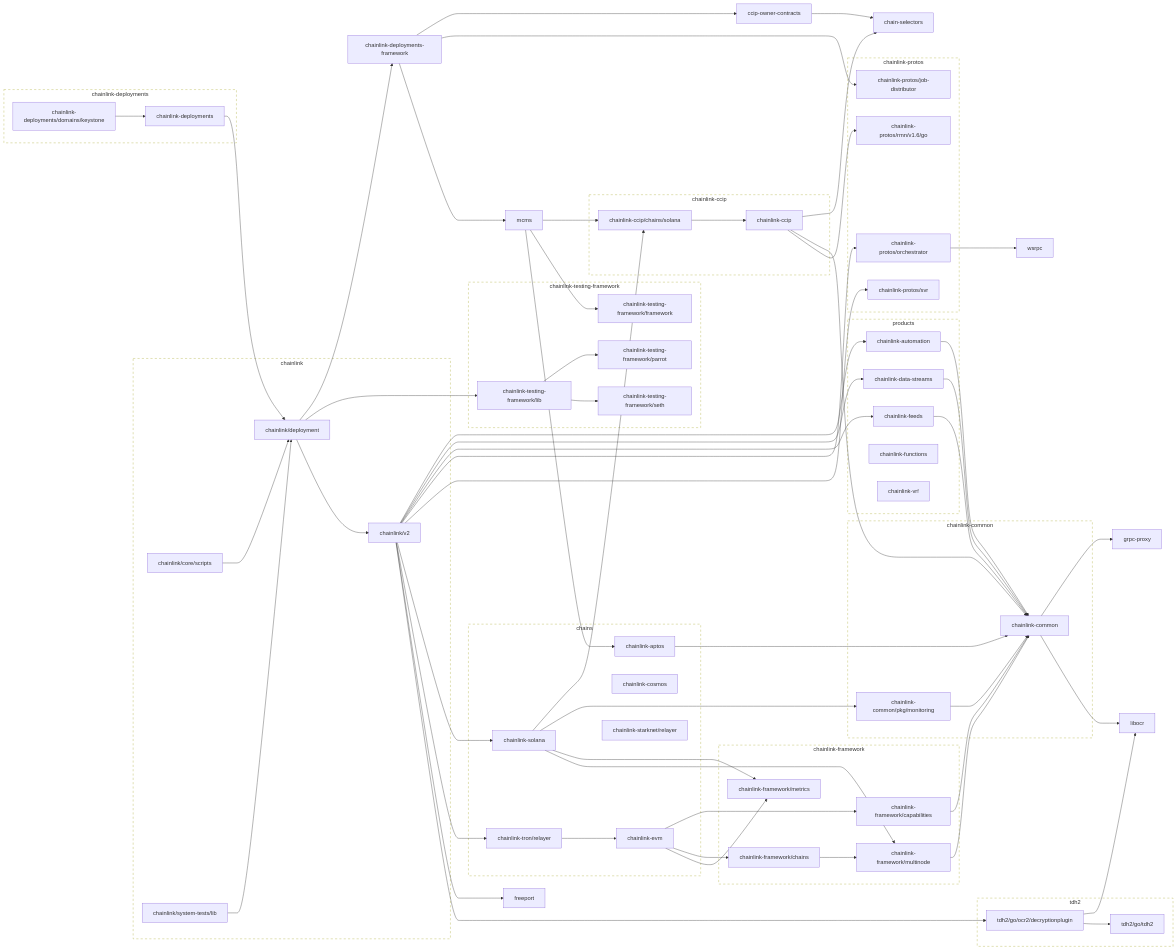
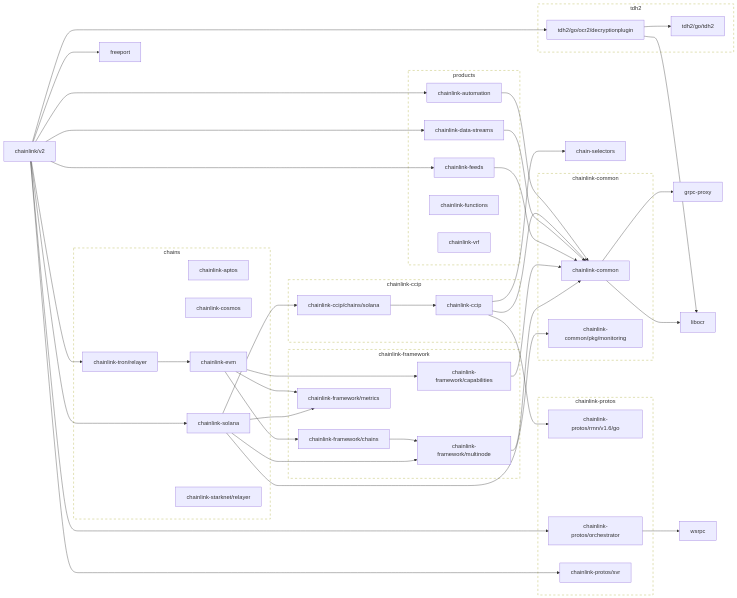
The first of 2 diagrams in go.md (smartcontractkit/chainlink), drawn with Mermaid before and after one commit. The commit also changed other lines of this file and 1 other file, not shown here.

````diff
--- a/go.md
+++ b/go.md
@@ -22,12 +22,8 @@
   classDef group stroke-dasharray:6,fill:none;
   class chains,products group
 
-	ccip-owner-contracts --> chain-selectors
-	click ccip-owner-contracts href "https://github.com/smartcontractkit/ccip-owner-contracts"
 	chain-selectors
 	click chain-selectors href "https://github.com/smartcontractkit/chain-selectors"
-	chainlink-aptos --> chainlink-common
-	click chainlink-aptos href "https://github.com/smartcontractkit/chainlink-aptos"
 	chainlink-automation --> chainlink-common
 	click chainlink-automation href "https://github.com/smartcontractkit/chainlink-automation"
 	chainlink-ccip --> chain-selectors
@@ -39,18 +35,10 @@
 	chainlink-common --> grpc-proxy
 	chainlink-common --> libocr
 	click chainlink-common href "https://github.com/smartcontractkit/chainlink-common"
-	chainlink-common/pkg/monitoring --> chainlink-common
+	chainlink-common/pkg/monitoring
 	click chainlink-common/pkg/monitoring href "https://github.com/smartcontractkit/chainlink-common"
 	chainlink-data-streams --> chainlink-common
 	click chainlink-data-streams href "https://github.com/smartcontractkit/chainlink-data-streams"
-	chainlink-deployments --> chainlink/deployment
-	click chainlink-deployments href "https://github.com/smartcontractkit/chainlink-deployments"
-	chainlink-deployments-framework --> ccip-owner-contracts
-	chainlink-deployments-framework --> chainlink-protos/job-distributor
-	chainlink-deployments-framework --> mcms
-	click chainlink-deployments-framework href "https://github.com/smartcontractkit/chainlink-deployments-framework"
-	chainlink-deployments/domains/keystone --> chainlink-deployments
-	click chainlink-deployments/domains/keystone href "https://github.com/smartcontractkit/chainlink-deployments"
 	chainlink-evm --> chainlink-framework/capabilities
 	chainlink-evm --> chainlink-framework/chains
 	chainlink-evm --> chainlink-framework/metrics
@@ -65,8 +53,6 @@
 	click chainlink-framework/metrics href "https://github.com/smartcontractkit/chainlink-framework"
 	chainlink-framework/multinode --> chainlink-common
 	click chainlink-framework/multinode href "https://github.com/smartcontractkit/chainlink-framework"
-	chainlink-protos/job-distributor
-	click chainlink-protos/job-distributor href "https://github.com/smartcontractkit/chainlink-protos"
 	chainlink-protos/orchestrator --> wsrpc
 	click chainlink-protos/orchestrator href "https://github.com/smartcontractkit/chainlink-protos"
 	chainlink-protos/rmn/v1.6/go
@@ -78,25 +64,8 @@
 	chainlink-solana --> chainlink-framework/metrics
 	chainlink-solana --> chainlink-framework/multinode
 	click chainlink-solana href "https://github.com/smartcontractkit/chainlink-solana"
-	chainlink-testing-framework/framework
-	click chainlink-testing-framework/framework href "https://github.com/smartcontractkit/chainlink-testing-framework"
-	chainlink-testing-framework/lib --> chainlink-testing-framework/parrot
-	chainlink-testing-framework/lib --> chainlink-testing-framework/seth
-	click chainlink-testing-framework/lib href "https://github.com/smartcontractkit/chainlink-testing-framework"
-	chainlink-testing-framework/parrot
-	click chainlink-testing-framework/parrot href "https://github.com/smartcontractkit/chainlink-testing-framework"
-	chainlink-testing-framework/seth
-	click chainlink-testing-framework/seth href "https://github.com/smartcontractkit/chainlink-testing-framework"
 	chainlink-tron/relayer --> chainlink-evm
 	click chainlink-tron/relayer href "https://github.com/smartcontractkit/chainlink-tron"
-	chainlink/core/scripts --> chainlink/deployment
-	click chainlink/core/scripts href "https://github.com/smartcontractkit/chainlink"
-	chainlink/deployment --> chainlink-deployments-framework
-	chainlink/deployment --> chainlink-testing-framework/lib
-	chainlink/deployment --> chainlink/v2
-	click chainlink/deployment href "https://github.com/smartcontractkit/chainlink"
-	chainlink/system-tests/lib --> chainlink/deployment
-	click chainlink/system-tests/lib href "https://github.com/smartcontractkit/chainlink"
 	chainlink/v2 --> chainlink-automation
 	chainlink/v2 --> chainlink-data-streams
 	chainlink/v2 --> chainlink-feeds
@@ -113,10 +82,6 @@
 	click grpc-proxy href "https://github.com/smartcontractkit/grpc-proxy"
 	libocr
 	click libocr href "https://github.com/smartcontractkit/libocr"
-	mcms --> chainlink-aptos
-	mcms --> chainlink-ccip/chains/solana
-	mcms --> chainlink-testing-framework/framework
-	click mcms href "https://github.com/smartcontractkit/mcms"
 	tdh2/go/ocr2/decryptionplugin --> libocr
 	tdh2/go/ocr2/decryptionplugin --> tdh2/go/tdh2
 	click tdh2/go/ocr2/decryptionplugin href "https://github.com/smartcontractkit/tdh2"
@@ -124,14 +89,6 @@
 	click tdh2/go/tdh2 href "https://github.com/smartcontractkit/tdh2"
 	wsrpc
 	click wsrpc href "https://github.com/smartcontractkit/wsrpc"
-
-	subgraph chainlink-repo[chainlink]
-		 chainlink/core/scripts
-		 chainlink/deployment
-		 chainlink/system-tests/lib
-		 chainlink/v2
-	end
-	click chainlink-repo href "https://github.com/smartcontractkit/chainlink"
 
 	subgraph chainlink-ccip-repo[chainlink-ccip]
 		 chainlink-ccip
@@ -145,12 +102,6 @@
 	end
 	click chainlink-common-repo href "https://github.com/smartcontractkit/chainlink-common"
 
-	subgraph chainlink-deployments-repo[chainlink-deployments]
-		 chainlink-deployments
-		 chainlink-deployments/domains/keystone
-	end
-	click chainlink-deployments-repo href "https://github.com/smartcontractkit/chainlink-deployments"
-
 	subgraph chainlink-framework-repo[chainlink-framework]
 		 chainlink-framework/capabilities
 		 chainlink-framework/chains
@@ -160,20 +111,11 @@
 	click chainlink-framework-repo href "https://github.com/smartcontractkit/chainlink-framework"
 
 	subgraph chainlink-protos-repo[chainlink-protos]
-		 chainlink-protos/job-distributor
 		 chainlink-protos/orchestrator
 		 chainlink-protos/rmn/v1.6/go
 		 chainlink-protos/svr
 	end
 	click chainlink-protos-repo href "https://github.com/smartcontractkit/chainlink-protos"
-
-	subgraph chainlink-testing-framework-repo[chainlink-testing-framework]
-		 chainlink-testing-framework/framework
-		 chainlink-testing-framework/lib
-		 chainlink-testing-framework/parrot
-		 chainlink-testing-framework/seth
-	end
-	click chainlink-testing-framework-repo href "https://github.com/smartcontractkit/chainlink-testing-framework"
 
 	subgraph tdh2-repo[tdh2]
 		 tdh2/go/ocr2/decryptionplugin
@@ -182,5 +124,5 @@
 	click tdh2-repo href "https://github.com/smartcontractkit/tdh2"
 
 	classDef outline stroke-dasharray:6,fill:none;
-	class chainlink-repo,chainlink-ccip-repo,chainlink-common-repo,chainlink-deployments-repo,chainlink-framework-repo,chainlink-protos-repo,chainlink-testing-framework-repo,tdh2-repo outline
+	class chainlink-ccip-repo,chainlink-common-repo,chainlink-framework-repo,chainlink-protos-repo,tdh2-repo outline
 ```
````
